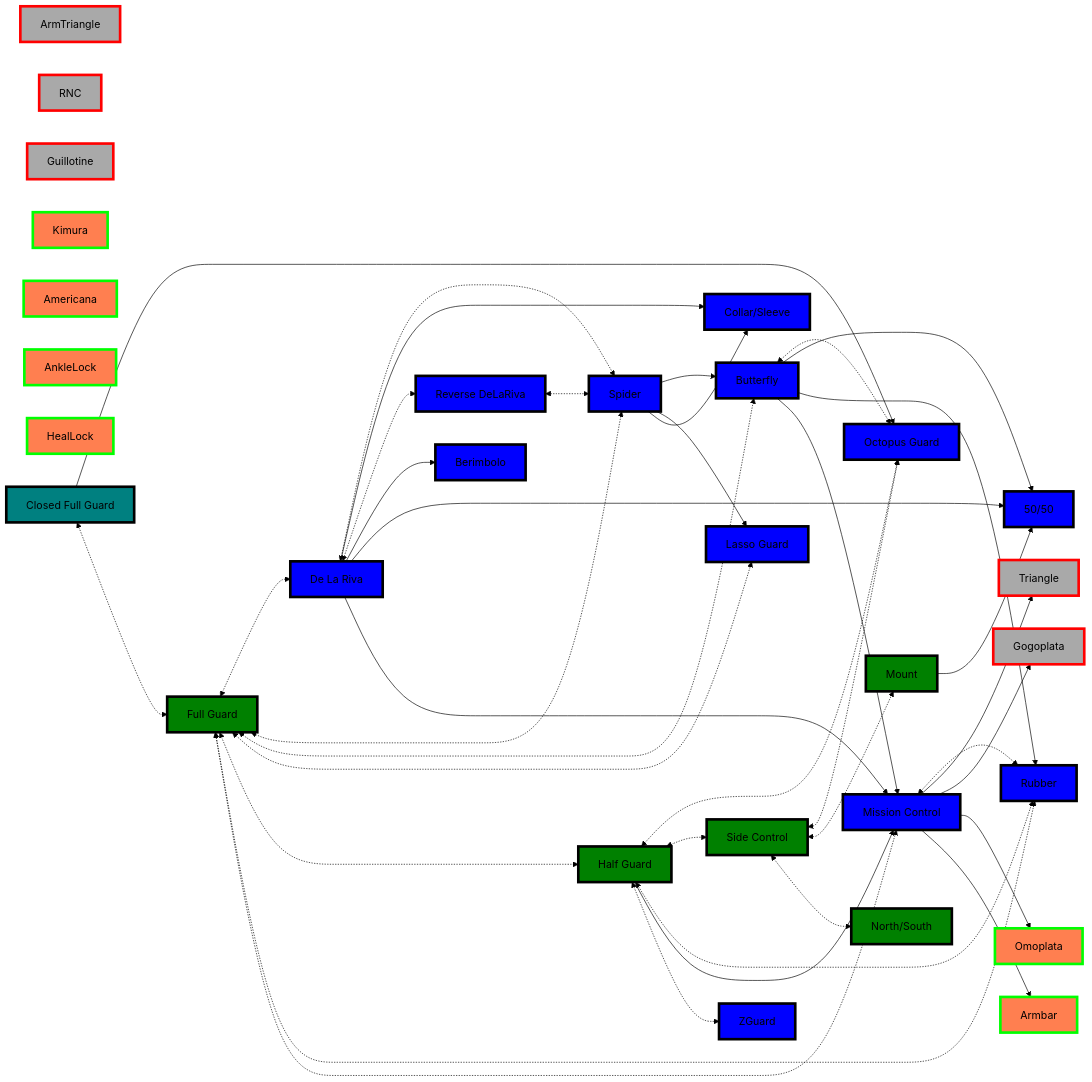
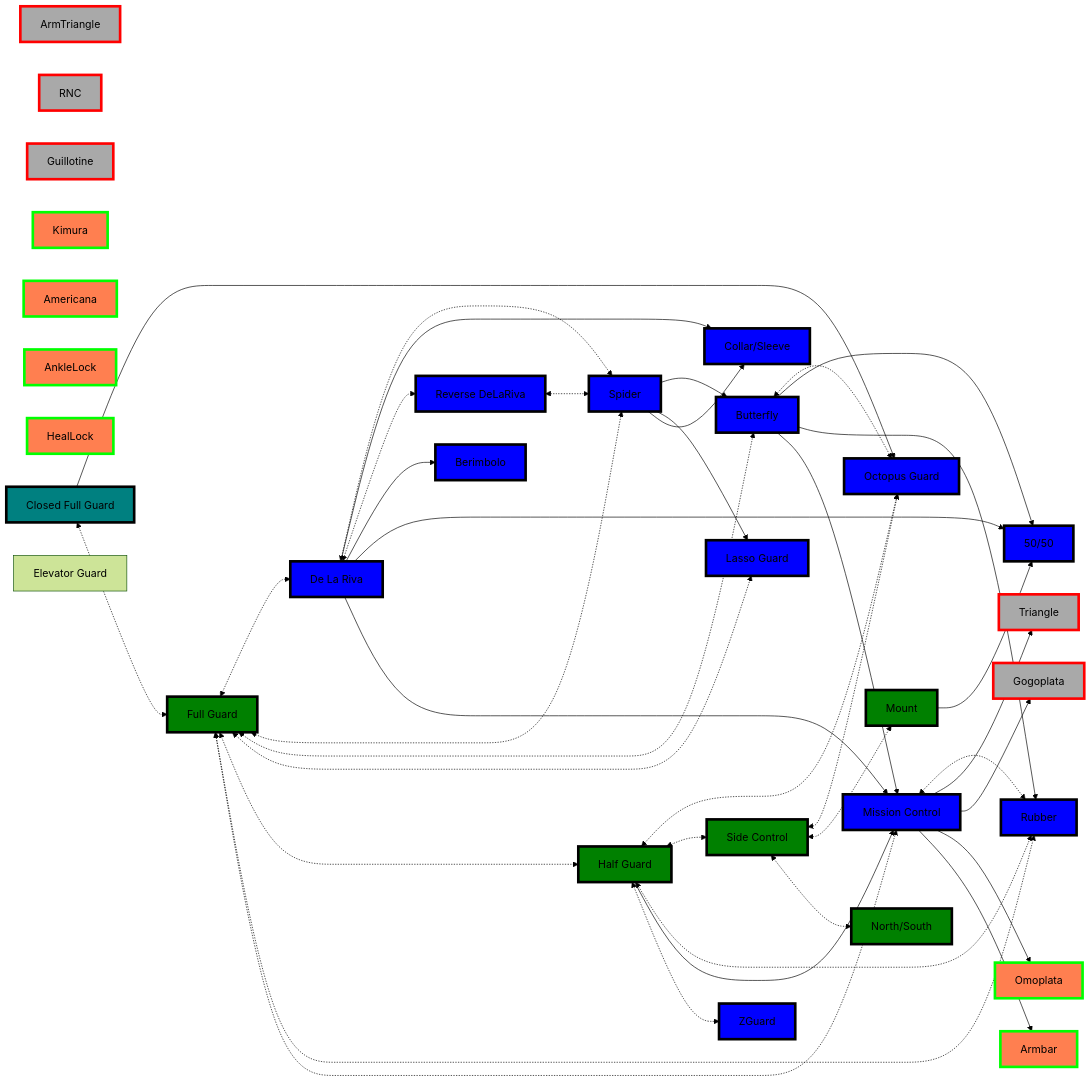
One commit to jacgit18/DevHiveMind changed the second of 4 diagrams in _Fitness/MMA/Real World BJJ Flows.md. Above: the diagram before and after it, drawn with Mermaid (forest theme). The commit also changed other lines of this file and 5 other files, not shown here.

```diff
--- a/_Fitness/MMA/Real World BJJ Flows.md
+++ b/_Fitness/MMA/Real World BJJ Flows.md
@@ -170,6 +172,7 @@
 	R[Mission Control]
 	Z[ZGuard]
 	OctopusGuard[Octopus Guard]
+	ElevatorGuard[Elevator Guard]
 
 	1[Triangle]
 	2[Gogoplata]
```
